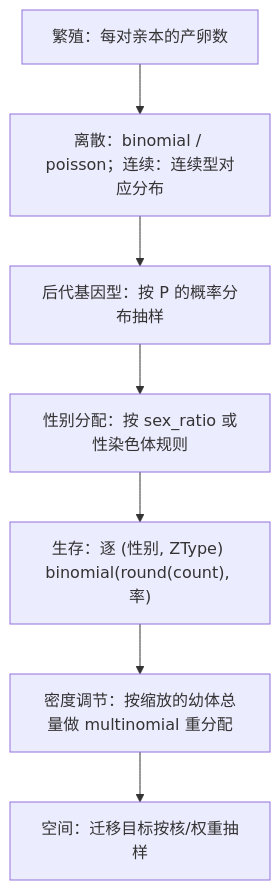
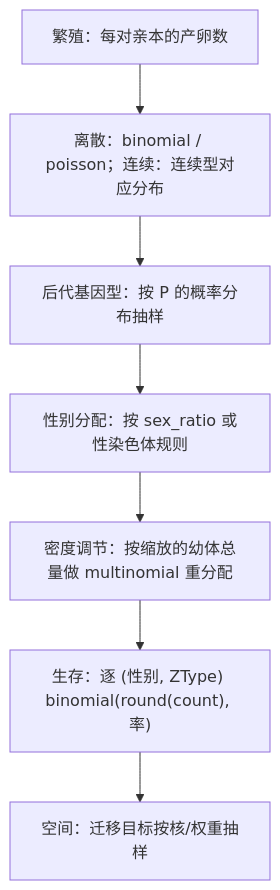
The diagram in docs/zh/developer/randomness.md (jyzhu-pointless/natal-core), drawn with Mermaid before and after one commit. The commit also changed 144 other files, not shown here.

````diff
--- a/docs/zh/developer/randomness.md
+++ b/docs/zh/developer/randomness.md
@@ -17,9 +17,9 @@
 ```mermaid
 flowchart TD
     R["繁殖：每对亲本的产卵数"] --> D1["离散：binomial / poisson；连续：连续型对应分布"]
     D1 --> G["后代基因型：按 P 的概率分布抽样"]
     G --> SX["性别分配：按 sex_ratio 或性染色体规则"]
-    SX --> SUR["生存：逐 (性别, ZType) binomial(round(count), 率)"]
-    SUR --> DEN["密度调节：按缩放的幼体总量做 multinomial 重分配"]
-    DEN --> MIG["空间：迁移目标按核/权重抽样"]
+    SX --> DEN["密度调节：按缩放的幼体总量做 multinomial 重分配"]
+    DEN --> SUR["生存：逐 (性别, ZType) binomial(round(count), 率)"]
+    SUR --> MIG["空间：迁移目标按核/权重抽样"]
 ```
````
